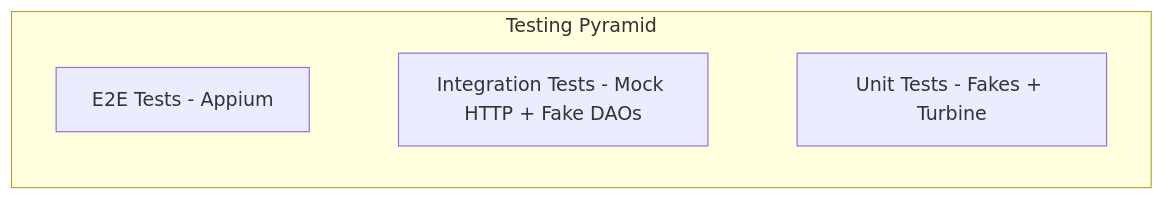
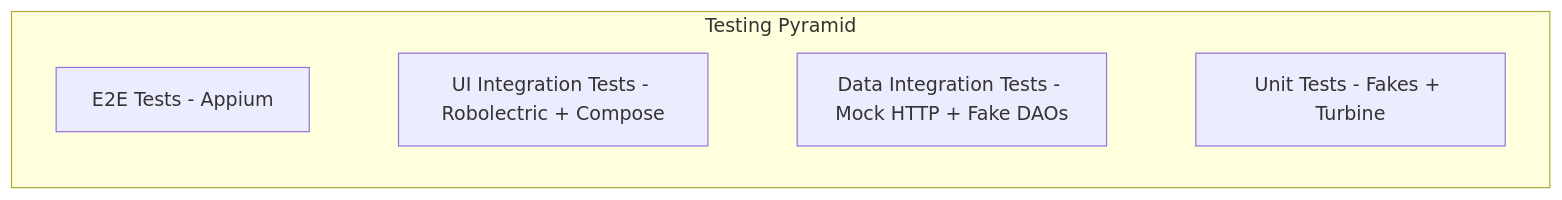
One commit to Ashanen/Castociasto changed diagram 13 of 13 in README.md. Above: the diagram before and after it, drawn with Mermaid. The commit also changed other lines of this file and 4 other files, not shown here.

First line of the commit message:
Add UI integration tests with fake repos, real use cases, and full Compose rendering

````diff
--- a/README.md
+++ b/README.md
@@ -747,11 +747,13 @@
 ```mermaid
 graph TB
     subgraph "Testing Pyramid"
         E2E[E2E Tests - Appium]
-        INT[Integration Tests - Mock HTTP + Fake DAOs]
+        INTUI[UI Integration Tests - Robolectric + Compose]
+        INTDATA[Data Integration Tests - Mock HTTP + Fake DAOs]
         UNIT[Unit Tests - Fakes + Turbine]
     end
 
-    E2E ~~~ INT
-    INT ~~~ UNIT
+    E2E ~~~ INTUI
+    INTUI ~~~ INTDATA
+    INTDATA ~~~ UNIT
 ```
````
